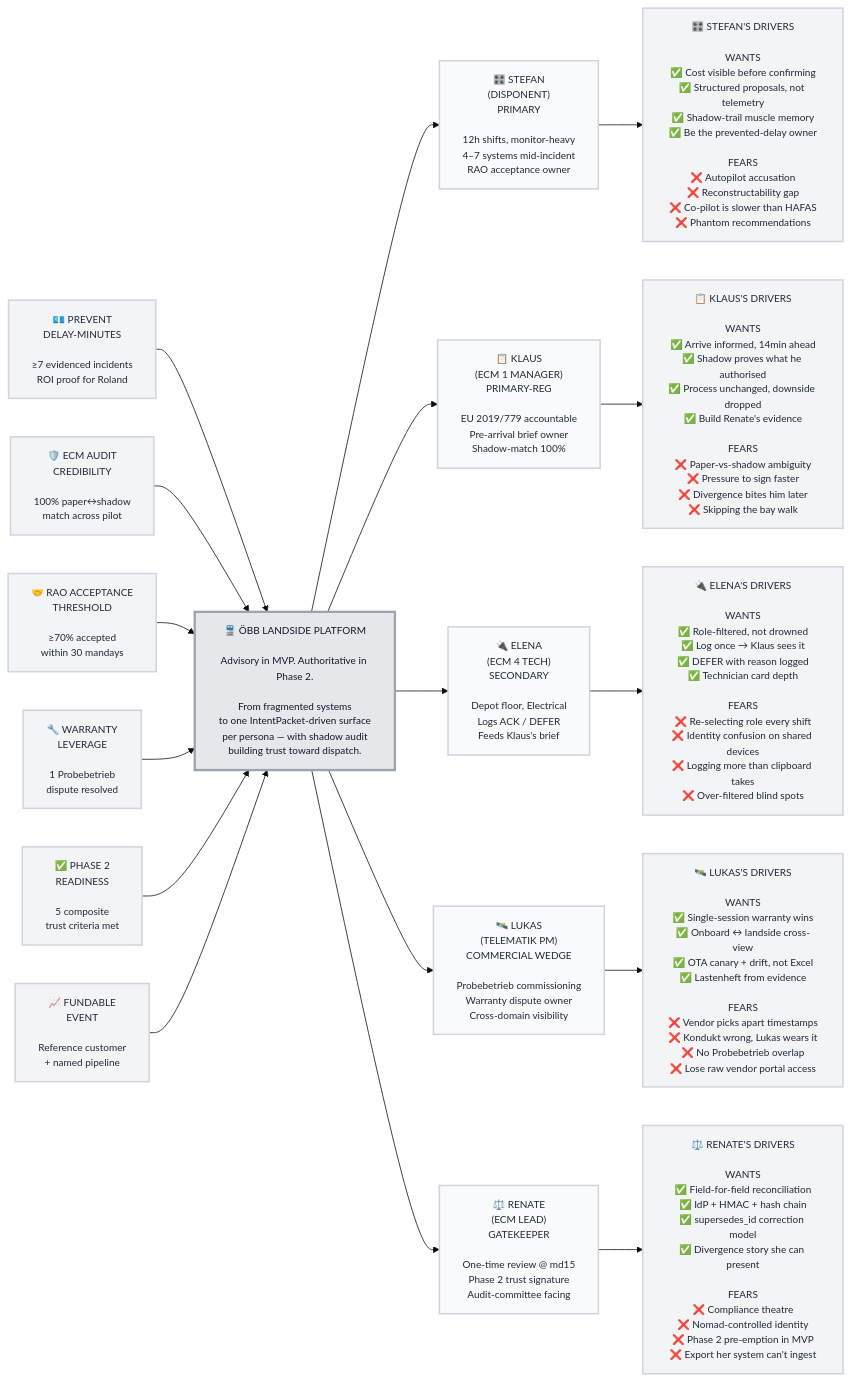
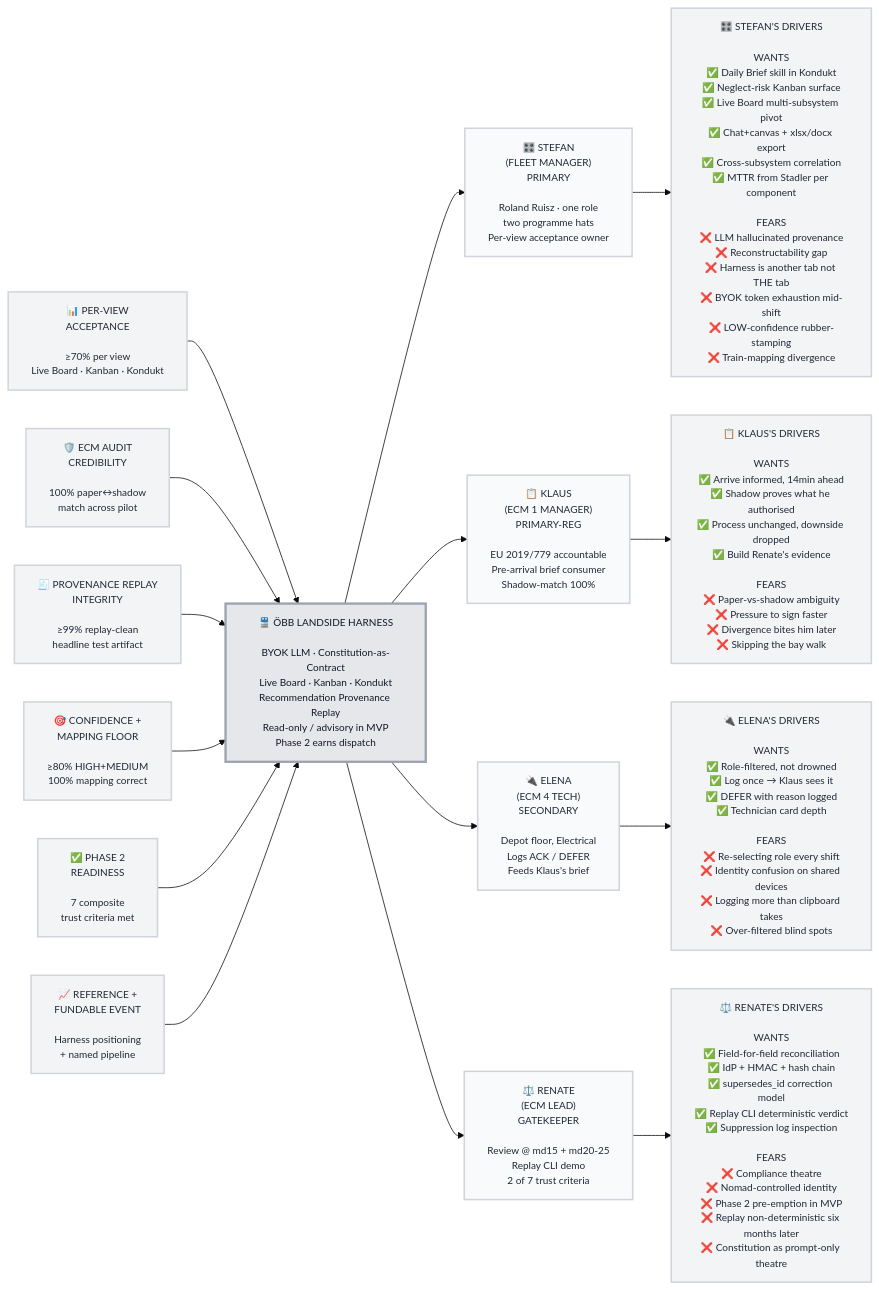
Before and after one commit to absrzvi/platform: the diagram in _bmad-output/B-Trigger-Map/trigger-map.md, drawn with Mermaid. The commit also changed other lines of this file and 42 other files, not shown here.

````diff
--- a/_bmad-output/B-Trigger-Map/trigger-map.md
+++ b/_bmad-output/B-Trigger-Map/trigger-map.md
@@ -187,53 +179,49 @@
 ```mermaid
 %%{init: {'theme':'base', 'themeVariables': { 'fontFamily':'Inter, system-ui, sans-serif', 'fontSize':'13px'}}}%%
 flowchart LR
-    BG0["💶 PREVENT<br/>DELAY-MINUTES<br/><br/>≥7 evidenced incidents<br/>ROI proof for Roland"]
+    BG0["📊 PER-VIEW<br/>ACCEPTANCE<br/><br/>≥70% per view<br/>Live Board · Kanban · Kondukt"]
     BG1["🛡️ ECM AUDIT<br/>CREDIBILITY<br/><br/>100% paper↔shadow<br/>match across pilot"]
-    BG2["🤝 RAO ACCEPTANCE<br/>THRESHOLD<br/><br/>≥70% accepted<br/>within 30 mandays"]
-    BG3["🔧 WARRANTY<br/>LEVERAGE<br/><br/>1 Probebetrieb<br/>dispute resolved"]
-    BG4["✅ PHASE 2<br/>READINESS<br/><br/>5 composite<br/>trust criteria met"]
-    BG5["📈 FUNDABLE<br/>EVENT<br/><br/>Reference customer<br/>+ named pipeline"]
+    BG2["🧾 PROVENANCE REPLAY<br/>INTEGRITY<br/><br/>≥99% replay-clean<br/>headline test artifact"]
+    BG3["🎯 CONFIDENCE +<br/>MAPPING FLOOR<br/><br/>≥80% HIGH+MEDIUM<br/>100% mapping correct"]
+    BG4["✅ PHASE 2<br/>READINESS<br/><br/>7 composite<br/>trust criteria met"]
+    BG5["📈 REFERENCE +<br/>FUNDABLE EVENT<br/><br/>Harness positioning<br/>+ named pipeline"]
 
-    PLATFORM["🚆 ÖBB LANDSIDE PLATFORM<br/><br/>Advisory in MVP. Authoritative in Phase 2.<br/><br/>From fragmented systems<br/>to one IntentPacket-driven surface<br/>per persona — with shadow audit<br/>building trust toward dispatch."]
+    PLATFORM["🚆 ÖBB LANDSIDE HARNESS<br/><br/>BYOK LLM · Constitution-as-Contract<br/>Live Board · Kanban · Kondukt<br/>Recommendation Provenance Replay<br/>Read-only / advisory in MVP<br/>Phase 2 earns dispatch"]
 
-    TG0["🎛️ STEFAN<br/>(DISPONENT)<br/>PRIMARY<br/><br/>12h shifts, monitor-heavy<br/>4–7 systems mid-incident<br/>RAO acceptance owner"]
-    TG1["📋 KLAUS<br/>(ECM 1 MANAGER)<br/>PRIMARY-REG<br/><br/>EU 2019/779 accountable<br/>Pre-arrival brief owner<br/>Shadow-match 100%"]
+    TG0["🎛️ STEFAN<br/>(FLEET MANAGER)<br/>PRIMARY<br/><br/>Roland Ruisz · one role<br/>two programme hats<br/>Per-view acceptance owner"]
+    TG1["📋 KLAUS<br/>(ECM 1 MANAGER)<br/>PRIMARY-REG<br/><br/>EU 2019/779 accountable<br/>Pre-arrival brief consumer<br/>Shadow-match 100%"]
     TG2["🔌 ELENA<br/>(ECM 4 TECH)<br/>SECONDARY<br/><br/>Depot floor, Electrical<br/>Logs ACK / DEFER<br/>Feeds Klaus's brief"]
-    TG3["🛰️ LUKAS<br/>(TELEMATIK PM)<br/>COMMERCIAL WEDGE<br/><br/>Probebetrieb commissioning<br/>Warranty dispute owner<br/>Cross-domain visibility"]
-    TG4["⚖️ RENATE<br/>(ECM LEAD)<br/>GATEKEEPER<br/><br/>One-time review @ md15<br/>Phase 2 trust signature<br/>Audit-committee facing"]
+    TG4["⚖️ RENATE<br/>(ECM LEAD)<br/>GATEKEEPER<br/><br/>Review @ md15 + md20-25<br/>Replay CLI demo<br/>2 of 7 trust criteria"]
 
-    DF0["🎛️ STEFAN'S DRIVERS<br/><br/>WANTS<br/>✅ Cost visible before confirming<br/>✅ Structured proposals, not telemetry<br/>✅ Shadow-trail muscle memory<br/>✅ Be the prevented-delay owner<br/><br/>FEARS<br/>❌ Autopilot accusation<br/>❌ Reconstructability gap<br/>❌ Co-pilot is slower than HAFAS<br/>❌ Phantom recommendations"]
+    DF0["🎛️ STEFAN'S DRIVERS<br/><br/>WANTS<br/>✅ Daily Brief skill in Kondukt<br/>✅ Neglect-risk Kanban surface<br/>✅ Live Board multi-subsystem pivot<br/>✅ Chat+canvas + xlsx/docx export<br/>✅ Cross-subsystem correlation<br/>✅ MTTR from Stadler per component<br/><br/>FEARS<br/>❌ LLM hallucinated provenance<br/>❌ Reconstructability gap<br/>❌ Harness is another tab not THE tab<br/>❌ BYOK token exhaustion mid-shift<br/>❌ LOW-confidence rubber-stamping<br/>❌ Train-mapping divergence"]
     DF1["📋 KLAUS'S DRIVERS<br/><br/>WANTS<br/>✅ Arrive informed, 14min ahead<br/>✅ Shadow proves what he authorised<br/>✅ Process unchanged, downside dropped<br/>✅ Build Renate's evidence<br/><br/>FEARS<br/>❌ Paper-vs-shadow ambiguity<br/>❌ Pressure to sign faster<br/>❌ Divergence bites him later<br/>❌ Skipping the bay walk"]
     DF2["🔌 ELENA'S DRIVERS<br/><br/>WANTS<br/>✅ Role-filtered, not drowned<br/>✅ Log once → Klaus sees it<br/>✅ DEFER with reason logged<br/>✅ Technician card depth<br/><br/>FEARS<br/>❌ Re-selecting role every shift<br/>❌ Identity confusion on shared devices<br/>❌ Logging more than clipboard takes<br/>❌ Over-filtered blind spots"]
-    DF3["🛰️ LUKAS'S DRIVERS<br/><br/>WANTS<br/>✅ Single-session warranty wins<br/>✅ Onboard ↔ landside cross-view<br/>✅ OTA canary + drift, not Excel<br/>✅ Lastenheft from evidence<br/><br/>FEARS<br/>❌ Vendor picks apart timestamps<br/>❌ Kondukt wrong, Lukas wears it<br/>❌ No Probebetrieb overlap<br/>❌ Lose raw vendor portal access"]
-    DF4["⚖️ RENATE'S DRIVERS<br/><br/>WANTS<br/>✅ Field-for-field reconciliation<br/>✅ IdP + HMAC + hash chain<br/>✅ supersedes_id correction model<br/>✅ Divergence story she can present<br/><br/>FEARS<br/>❌ Compliance theatre<br/>❌ Nomad-controlled identity<br/>❌ Phase 2 pre-emption in MVP<br/>❌ Export her system can't ingest"]
+    DF4["⚖️ RENATE'S DRIVERS<br/><br/>WANTS<br/>✅ Field-for-field reconciliation<br/>✅ IdP + HMAC + hash chain<br/>✅ supersedes_id correction model<br/>✅ Replay CLI deterministic verdict<br/>✅ Suppression log inspection<br/><br/>FEARS<br/>❌ Compliance theatre<br/>❌ Nomad-controlled identity<br/>❌ Phase 2 pre-emption in MVP<br/>❌ Replay non-deterministic six months later<br/>❌ Constitution as prompt-only theatre"]
 
     BG0 --> PLATFORM
     BG1 --> PLATFORM
     BG2 --> PLATFORM
     BG3 --> PLATFORM
     BG4 --> PLATFORM
     BG5 --> PLATFORM
 
     PLATFORM --> TG0
     PLATFORM --> TG1
     PLATFORM --> TG2
-    PLATFORM --> TG3
     PLATFORM --> TG4
 
     TG0 --> DF0
     TG1 --> DF1
     TG2 --> DF2
-    TG3 --> DF3
     TG4 --> DF4
 
     classDef businessGoal fill:#f3f4f6,color:#1f2937,stroke:#d1d5db,stroke-width:2px
     classDef platform fill:#e5e7eb,color:#111827,stroke:#9ca3af,stroke-width:3px
     classDef targetGroup fill:#f9fafb,color:#1f2937,stroke:#d1d5db,stroke-width:2px
     classDef drivingForces fill:#f3f4f6,color:#1f2937,stroke:#d1d5db,stroke-width:2px
 
     class BG0,BG1,BG2,BG3,BG4,BG5 businessGoal
     class PLATFORM platform
-    class TG0,TG1,TG2,TG3,TG4 targetGroup
-    class DF0,DF1,DF2,DF3,DF4 drivingForces
+    class TG0,TG1,TG2,TG4 targetGroup
+    class DF0,DF1,DF2,DF4 drivingForces
 ```
````
